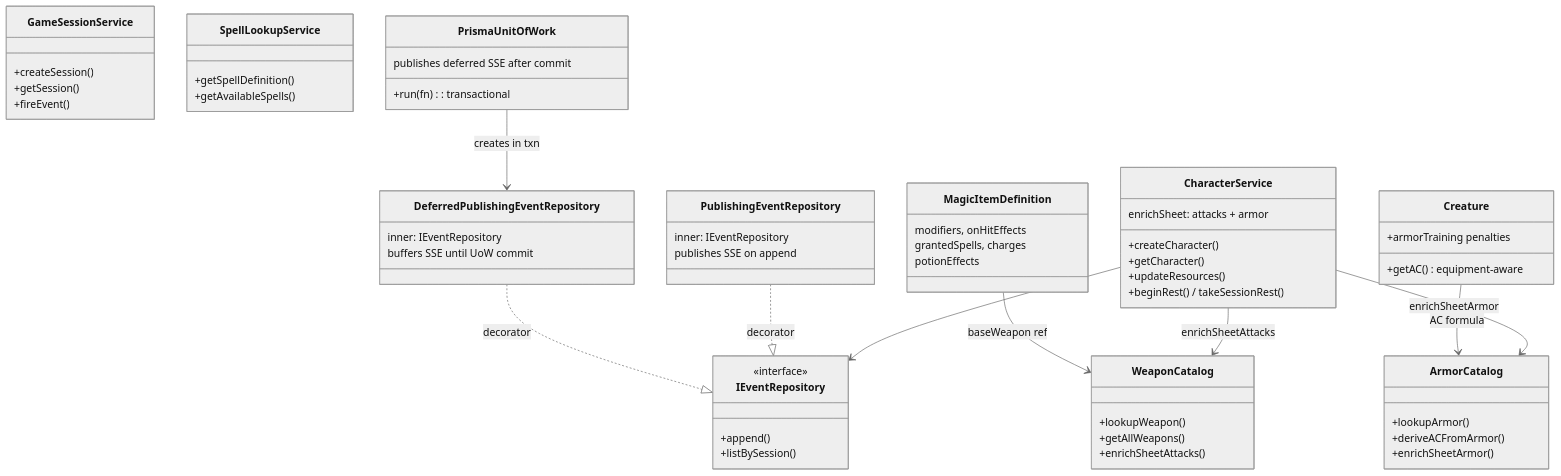
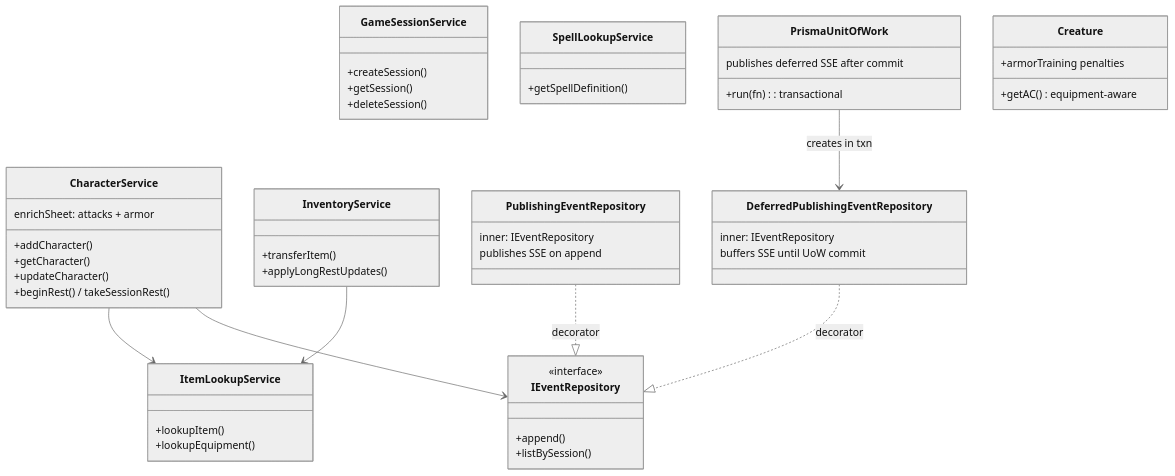
One commit to mweyamutsvene/DungeonMaster changed the diagram in .github/instructions/entity-management.instructions.md. Above: the diagram before and after it, drawn with Mermaid (neutral theme). The commit also changed other lines of this file and 22 other files, not shown here.

Commit message:
docs: refresh flow instructions and CLAUDE guides

````diff
--- a/.github/instructions/entity-management.instructions.md
+++ b/.github/instructions/entity-management.instructions.md
@@ -13,64 +13,54 @@
 ```mermaid
 classDiagram
     class CharacterService {
-        +createCharacter()
+        +addCharacter()
         +getCharacter()
-        +updateResources()
+        +updateCharacter()
         +beginRest() / takeSessionRest()
         enrichSheet: attacks + armor
     }
     class GameSessionService {
         +createSession()
         +getSession()
-        +fireEvent()
+        +deleteSession()
     }
     class SpellLookupService {
         +getSpellDefinition()
-        +getAvailableSpells()
+    }
+    class ItemLookupService {
+        +lookupItem()
+        +lookupEquipment()
+    }
+    class InventoryService {
+        +transferItem()
+        +applyLongRestUpdates()
     }
     class IEventRepository {
         <<interface>>
         +append()
         +listBySession()
     }
     class PublishingEventRepository {
         inner: IEventRepository
         publishes SSE on append
     }
     class DeferredPublishingEventRepository {
         inner: IEventRepository
         buffers SSE until UoW commit
     }
     class PrismaUnitOfWork {
         +run(fn) : transactional
         publishes deferred SSE after commit
     }
-    class WeaponCatalog {
-        +lookupWeapon()
-        +getAllWeapons()
-        +enrichSheetAttacks()
-    }
-    class ArmorCatalog {
-        +lookupArmor()
-        +deriveACFromArmor()
-        +enrichSheetArmor()
-    }
-    class MagicItemDefinition {
-        modifiers, onHitEffects
-        grantedSpells, charges
-        potionEffects
-    }
     class Creature {
         +getAC() equipment-aware
         +armorTraining penalties
     }
 
     CharacterService --> IEventRepository
-    CharacterService --> WeaponCatalog : enrichSheetAttacks
-    CharacterService --> ArmorCatalog : enrichSheetArmor
+    CharacterService --> ItemLookupService
     PublishingEventRepository ..|> IEventRepository : decorator
     DeferredPublishingEventRepository ..|> IEventRepository : decorator
     PrismaUnitOfWork --> DeferredPublishingEventRepository : creates in txn
-    Creature --> ArmorCatalog : AC formula
-    MagicItemDefinition --> WeaponCatalog : baseWeapon ref
+    InventoryService --> ItemLookupService
 ```
````
